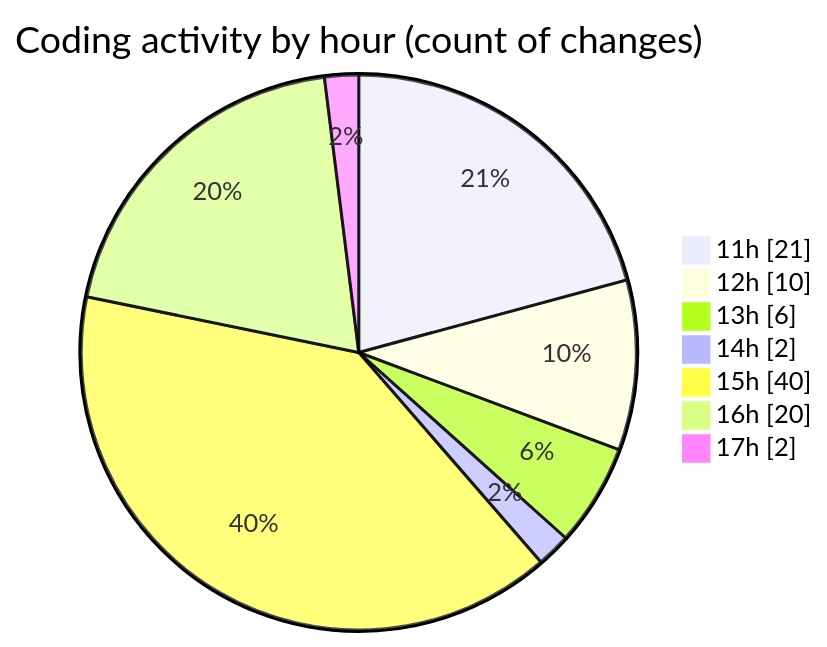
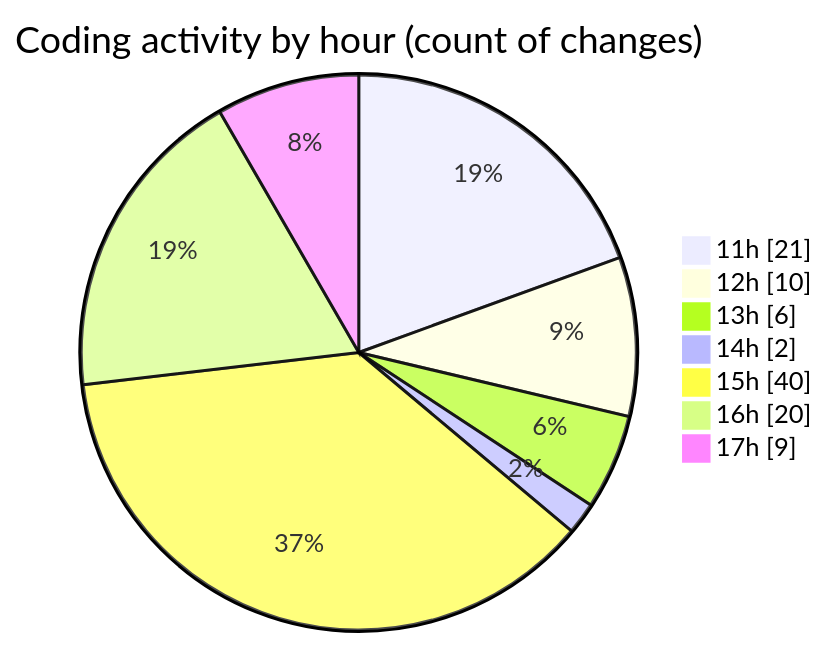
The second of 2 diagrams in 2025-07-14/argos/README.md (nxtqubesakshisongat/code-tracking), drawn with Mermaid before and after one commit. The commit also changed other lines of this file and 1 other file, not shown here.

````diff
--- a/2025-07-14/argos/README.md
+++ b/2025-07-14/argos/README.md
@@ -37,11 +37,11 @@
 ```mermaid
 pie showData
 title Coding activity by hour (count of changes)
 "11h" : 21
 "12h" : 10
 "13h" : 6
 "14h" : 2
 "15h" : 40
 "16h" : 20
-"17h" : 2
+"17h" : 9
 ```
````
